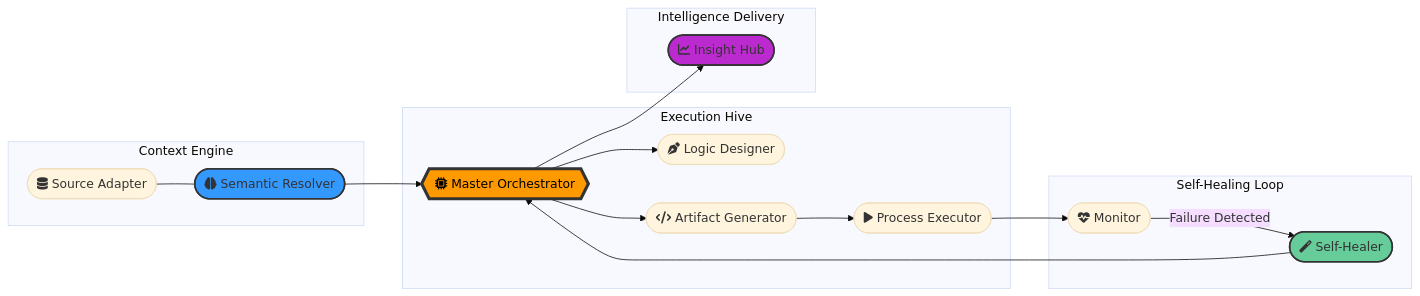
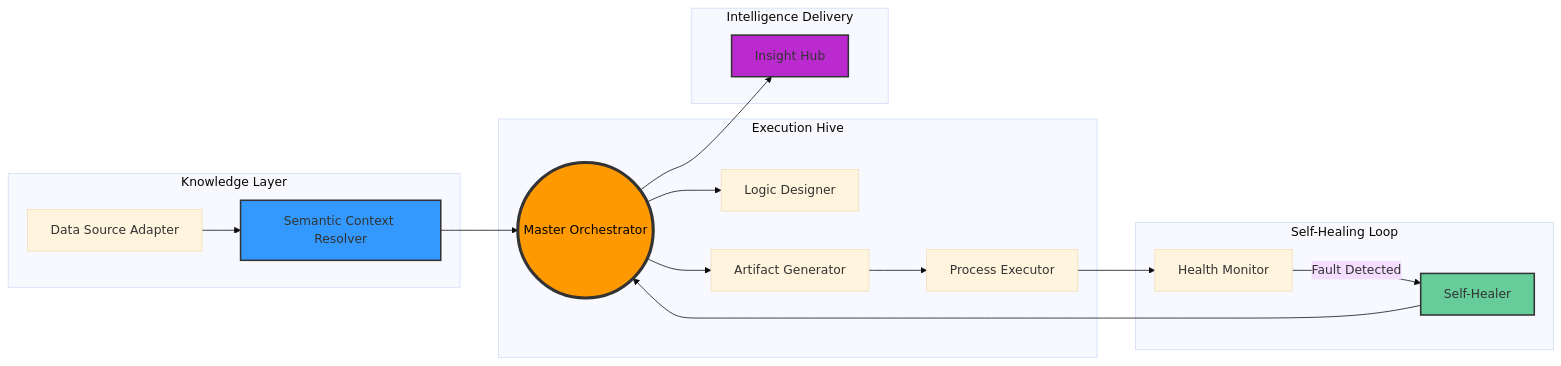
One commit to Srisrijakka1/Srisrijakka1 changed the diagram in README.md. Above: the diagram before and after it, drawn with Mermaid (base theme).

Commit message:
Ultimate Aesthetic Polish: Redesigned Neural Swarm with LR layout, removed all score metrics, and optimized diagram for GitHub rendering. Verified social link integrity.

````diff
--- a/README.md
+++ b/README.md
@@ -25,30 +25,30 @@
 ```mermaid
 graph LR
-    subgraph "Context Engine"
-        C1(["fa:fa-database Source Adapter"]) --- C2(["fa:fa-brain Semantic Resolver"])
+    subgraph "Knowledge Layer"
+        C1[Data Source Adapter] --> C2[Semantic Context Resolver]
     end
 
-    C2 --> O{{"fa:fa-microchip Master Orchestrator"}}
+    C2 --> O((Master Orchestrator))
 
     subgraph "Execution Hive"
-        O --> L1(["fa:fa-pen-nib Logic Designer"])
-        O --> L2(["fa:fa-code Artifact Generator"])
-        L2 --> E1(["fa:fa-play Process Executor"])
+        O --> L1[Logic Designer]
+        O --> L2[Artifact Generator]
+        L2 --> E1[Process Executor]
     end
 
     subgraph "Self-Healing Loop"
-        E1 --> H1(["fa:fa-heart-pulse Monitor"])
-        H1 -- "Failure Detected" --> H2(["fa:fa-magic Self-Healer"])
+        E1 --> H1[Health Monitor]
+        H1 -- "Fault Detected" --> H2[Self-Healer]
         H2 --> O
     end
 
     subgraph "Intelligence Delivery"
-        O --> R1(["fa:fa-chart-line Insight Hub"])
+        O --> R1[Insight Hub]
     end
 
     %% Styling
     style O fill:#ff9900,stroke:#333,stroke-width:4px,color:#000
     style H2 fill:#66cc99,stroke:#333,stroke-width:2px
     style C2 fill:#3399ff,stroke:#333,stroke-width:2px
     style R1 fill:#bb2acf,stroke:#333,stroke-width:2px
 ```
````
